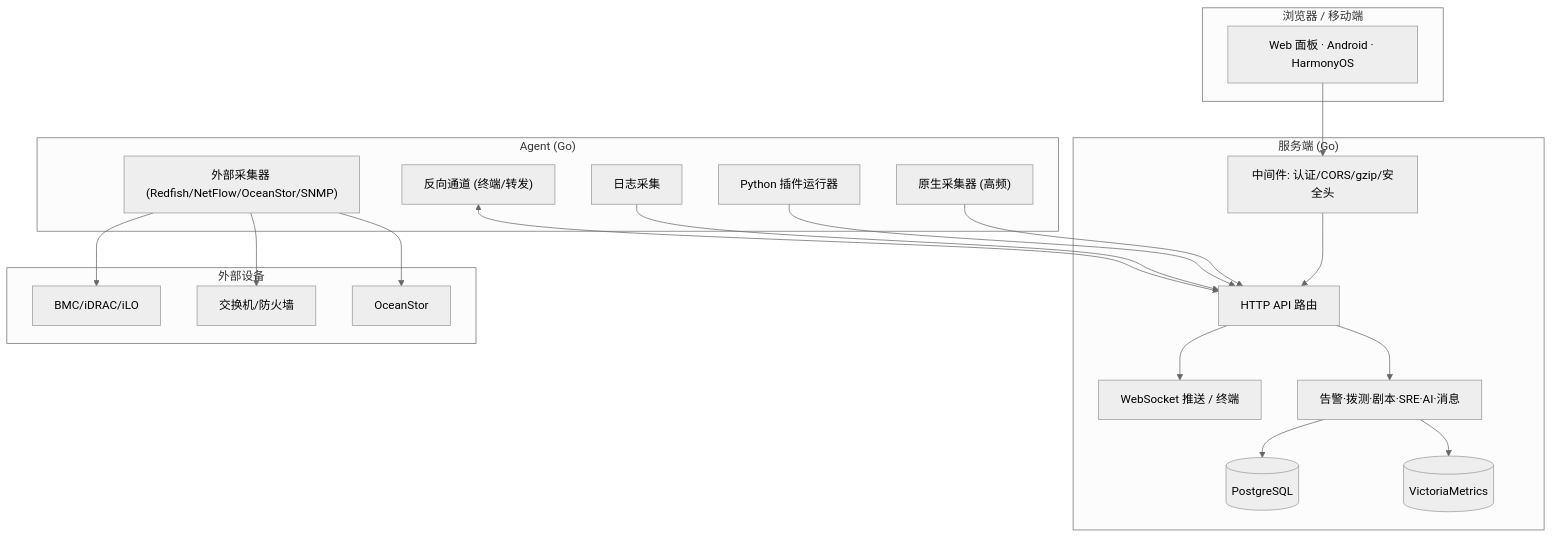
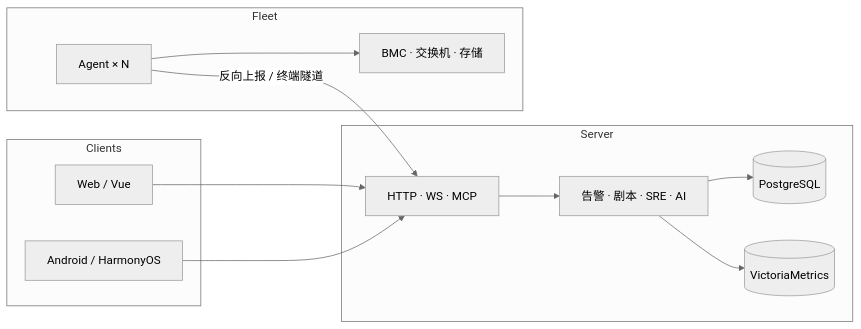
The diagram in README.md (sreyun/aiops-monitor), drawn with Mermaid (neutral theme) before and after one commit. The commit also changed other lines of this file and 25 other files, not shown here.

````diff
--- a/README.md
+++ b/README.md
@@ -268,34 +119,24 @@
 ```mermaid
-graph TB
-  subgraph Browser["浏览器 / 移动端"]
-    UI["Web 面板 · Android · HarmonyOS"]
+flowchart LR
+  subgraph Clients
+    Web[Web / Vue]
+    Mob[Android / HarmonyOS]
   end
-  subgraph Server["服务端 (Go)"]
-    MW["中间件: 认证/CORS/gzip/安全头"]
-    API["HTTP API 路由"]
-    WS["WebSocket 推送 / 终端"]
-    SRE["告警·拨测·剧本·SRE·AI·消息"]
+  subgraph Server
+    API[HTTP · WS · MCP]
+    Core[告警 · 剧本 · SRE · AI]
     PG[(PostgreSQL)]
     VM[(VictoriaMetrics)]
   end
-  subgraph Agent["Agent (Go)"]
-    COL["原生采集器 (高频)"]
-    EXT["外部采集器 (Redfish/NetFlow/OceanStor/SNMP)"]
-    PLG["Python 插件运行器"]
-    LOG["日志采集"]
-    CH["反向通道 (终端/转发)"]
+  subgraph Fleet
+    Ag[Agent × N]
+    Ext[BMC · 交换机 · 存储]
   end
-  subgraph Ext["外部设备"]
-    BMC["BMC/iDRAC/iLO"]
-    SW["交换机/防火墙"]
-    STOR["OceanStor"]
-  end
-  UI --> MW --> API
-  API --> SRE --> PG & VM
-  API --> WS
-  COL --> API
-  EXT --> BMC & SW & STOR
-  PLG --> API
-  LOG --> API
-  CH <--> API
+  Web --> API
+  Mob --> API
+  API --> Core
+  Core --> PG
+  Core --> VM
+  Ag -->|反向上报 / 终端隧道| API
+  Ag --> Ext
 ```
````
